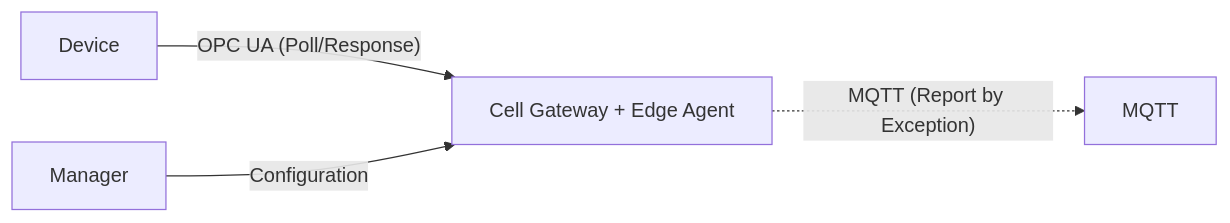
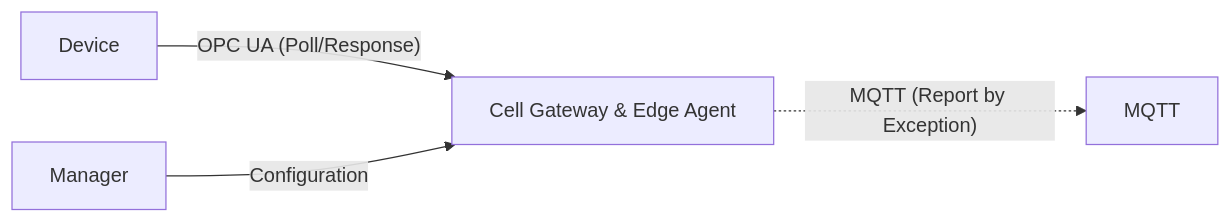
One commit to AMRC-FactoryPlus/documentation changed the diagram in docs/framework-components/core-components/edge-agent.mdx. Above: the diagram before and after it, drawn with Mermaid. The commit also changed other lines of this file, not shown here.

````diff
--- a/docs/framework-components/core-components/edge-agent.mdx
+++ b/docs/framework-components/core-components/edge-agent.mdx
@@ -38,6 +38,6 @@
  ```mermaid
 graph LR
-  A[Device] -- "OPC UA (Poll/Response)" --> B[Cell Gateway + Edge Agent]
+  A[Device] -- "OPC UA (Poll/Response)" --> B[Cell Gateway & Edge Agent]
   B -. "MQTT (Report by Exception)" .-> C[MQTT]
   D[Manager] -- "Configuration" --> B
 ```
````
